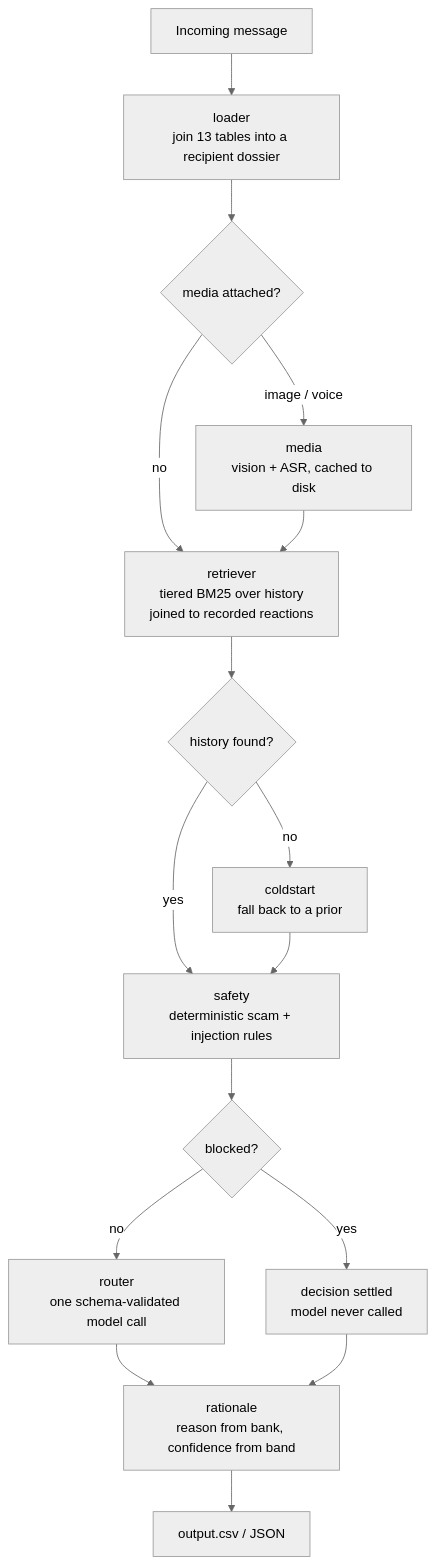
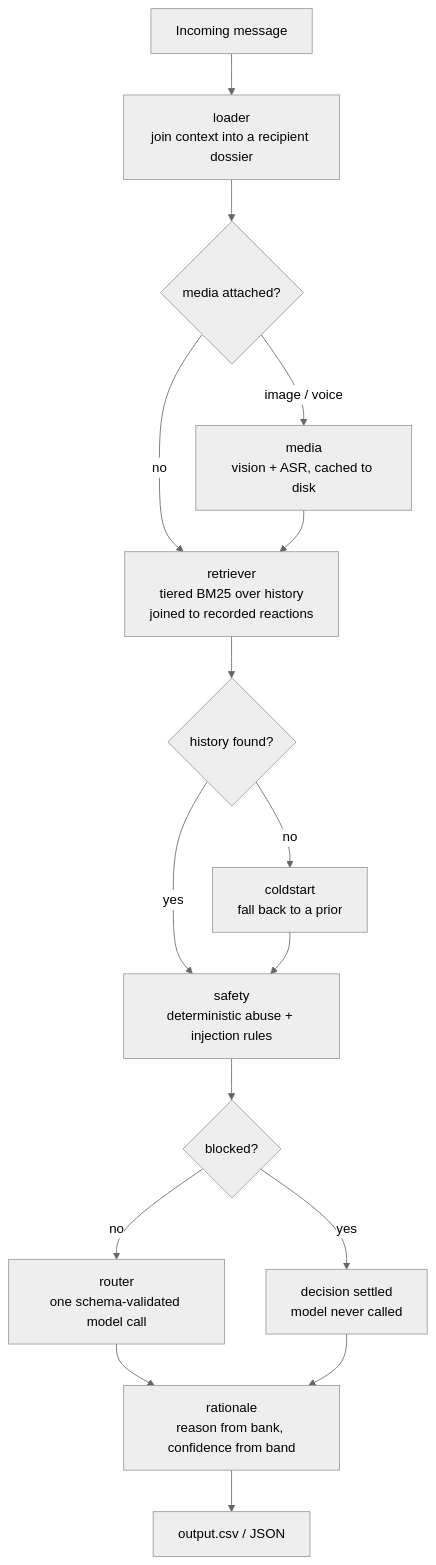
Before and after one commit to siddanth-6365/attention-router: the diagram in README.md, drawn with Mermaid (neutral theme). The commit also changed other lines of this file and 3 other files, not shown here.

````diff
--- a/README.md
+++ b/README.md
@@ -61,18 +44,18 @@
 ```mermaid
 flowchart TD
-    A[Incoming message] --> B[loader<br/>join 13 tables into a recipient dossier]
+    A[Incoming message] --> B[loader<br/>join context into a recipient dossier]
     B --> C{media attached?}
     C -->|image / voice| D[media<br/>vision + ASR, cached to disk]
     C -->|no| E
     D --> E[retriever<br/>tiered BM25 over history<br/>joined to recorded reactions]
     E --> F{history found?}
     F -->|no| G[coldstart<br/>fall back to a prior]
     F -->|yes| H
-    G --> H[safety<br/>deterministic scam + injection rules]
+    G --> H[safety<br/>deterministic abuse + injection rules]
     H --> I{blocked?}
     I -->|yes| J[decision settled<br/>model never called]
     I -->|no| K[router<br/>one schema-validated model call]
     K --> L[rationale<br/>reason from bank, confidence from band]
     J --> L
     L --> M[output.csv / JSON]
 ```
````
